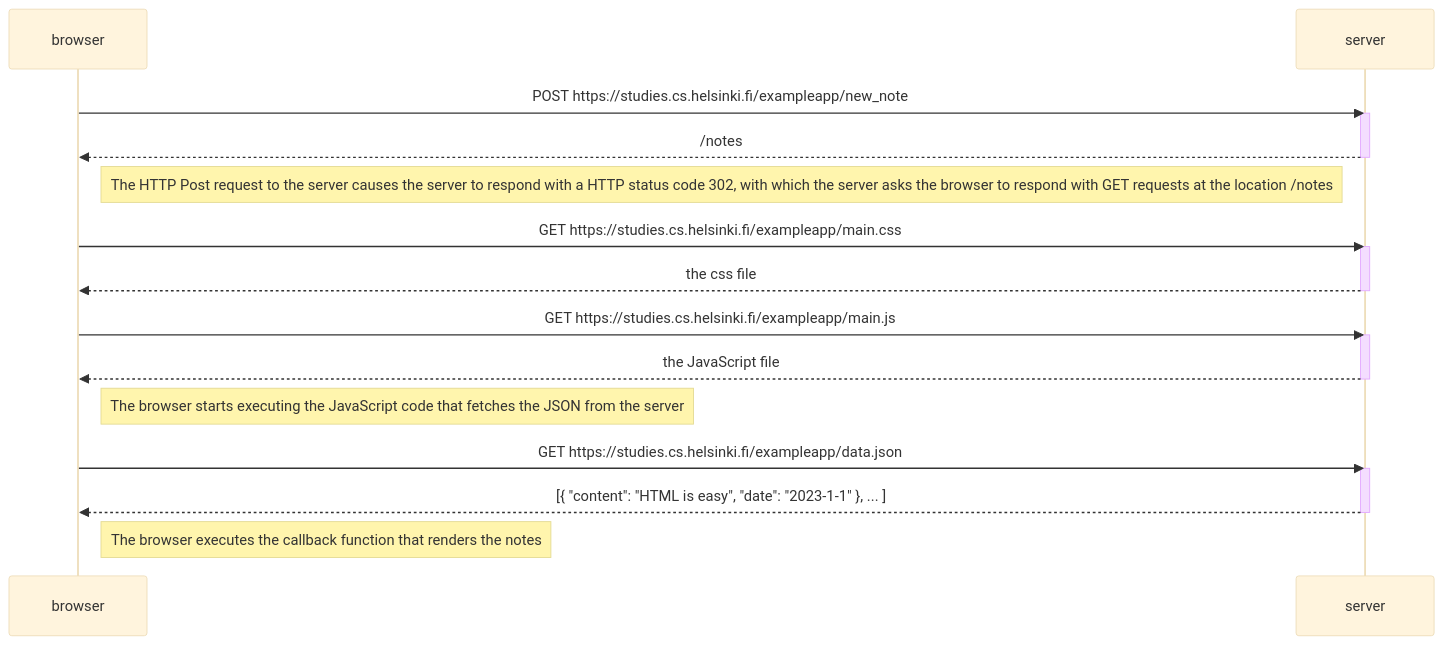
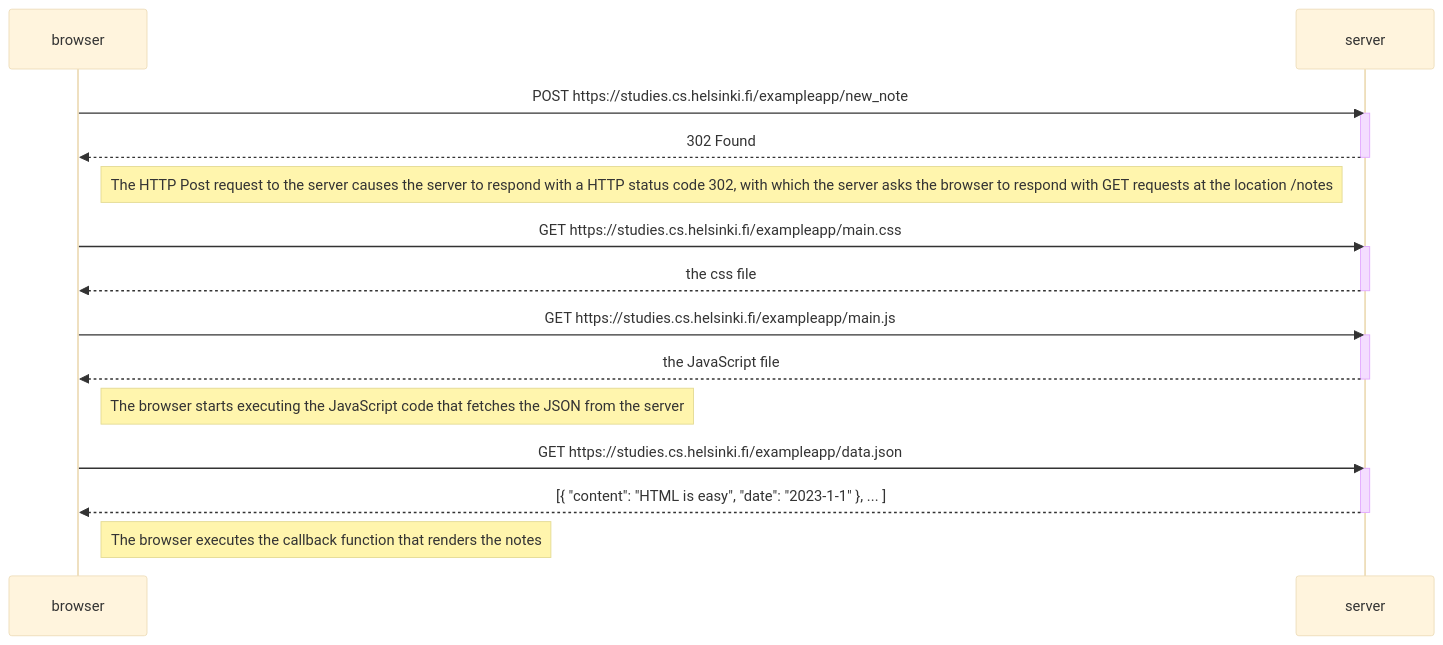
Before and after one commit to wang-h-z/fullstackopen: the diagram in part0/0.4 New note diagram .md, drawn with Mermaid (base theme).

Commit message:
Updated 0.4 answer

````diff
--- a/part0/0.4 New note diagram .md
+++ b/part0/0.4 New note diagram .md
@@ -1,31 +1,31 @@
 ```mermaid
 sequenceDiagram
     participant browser
     participant server
 
     browser->>server: POST https://studies.cs.helsinki.fi/exampleapp/new_note
     activate server
-    server-->>browser: /notes
+    server-->>browser: 302 Found
     deactivate server
 
     Note right of browser: The HTTP Post request to the server causes the server to respond with a HTTP status code 302, with which the server asks the browser to respond with GET requests at the location /notes
 
     browser->>server: GET https://studies.cs.helsinki.fi/exampleapp/main.css
     activate server
     server-->>browser: the css file
     deactivate server
 
     browser->>server: GET https://studies.cs.helsinki.fi/exampleapp/main.js
     activate server
     server-->>browser: the JavaScript file
     deactivate server
 
     Note right of browser: The browser starts executing the JavaScript code that fetches the JSON from the server
 
     browser->>server: GET https://studies.cs.helsinki.fi/exampleapp/data.json
     activate server
     server-->>browser: [{ "content": "HTML is easy", "date": "2023-1-1" }, ... ]
     deactivate server
 
     Note right of browser: The browser executes the callback function that renders the notes
 ```
````
